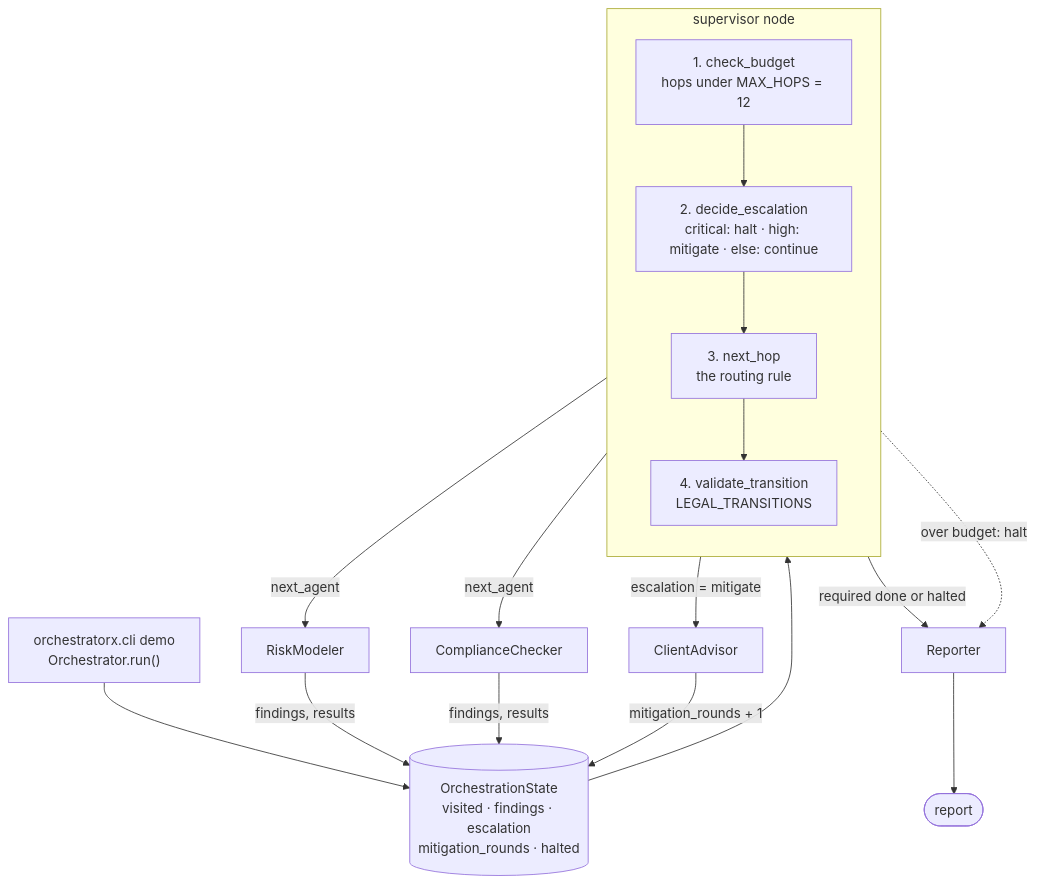
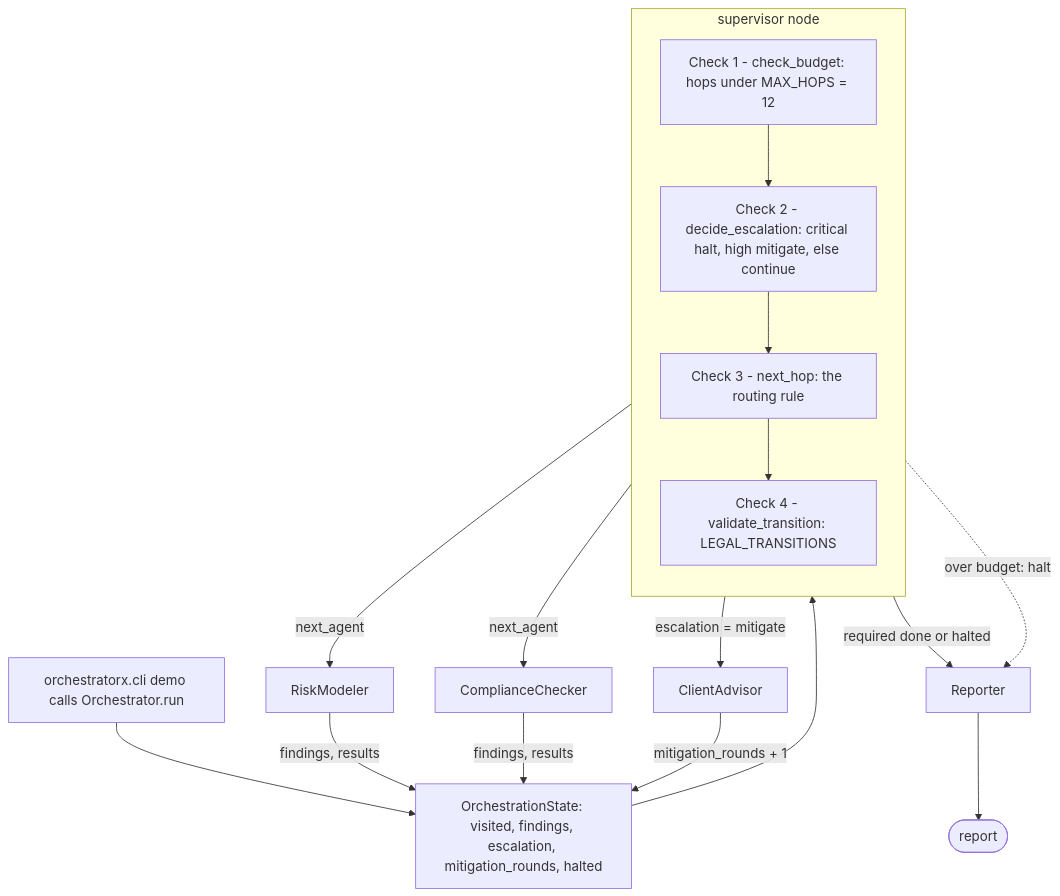
One commit to asadullah48/orchestratorx changed the first of 2 diagrams in README.md. Above: the diagram before and after it, drawn with Mermaid.

Commit message:
README: plainer Mermaid syntax so GitHub's file view renders the diagram

````diff
--- a/README.md
+++ b/README.md
@@ -68,20 +68,20 @@
 ```mermaid
 flowchart TD
-    CLI["orchestratorx.cli demo<br/>Orchestrator.run()"] --> STATE[("OrchestrationState<br/>visited · findings · escalation<br/>mitigation_rounds · halted")]
+    CLI["orchestratorx.cli demo calls Orchestrator.run"] --> STATE["OrchestrationState: visited, findings, escalation, mitigation_rounds, halted"]
     STATE --> B
     subgraph SUP["supervisor node"]
         direction TB
-        B["1. check_budget<br/>hops under MAX_HOPS = 12"] --> E["2. decide_escalation<br/>critical: halt · high: mitigate · else: continue"]
-        E --> R["3. next_hop<br/>the routing rule"]
-        R --> T["4. validate_transition<br/>LEGAL_TRANSITIONS"]
+        B["Check 1 - check_budget: hops under MAX_HOPS = 12"] --> E["Check 2 - decide_escalation: critical halt, high mitigate, else continue"]
+        E --> R["Check 3 - next_hop: the routing rule"]
+        R --> T["Check 4 - validate_transition: LEGAL_TRANSITIONS"]
     end
     T -->|next_agent| RM[RiskModeler]
     T -->|next_agent| CC[ComplianceChecker]
     T -->|"escalation = mitigate"| CA[ClientAdvisor]
     T -->|"required done or halted"| RP[Reporter]
     B -.->|"over budget: halt"| RP
     RM -->|"findings, results"| STATE
     CC -->|"findings, results"| STATE
     CA -->|"mitigation_rounds + 1"| STATE
     RP --> OUT(["report"])
 ```
````
